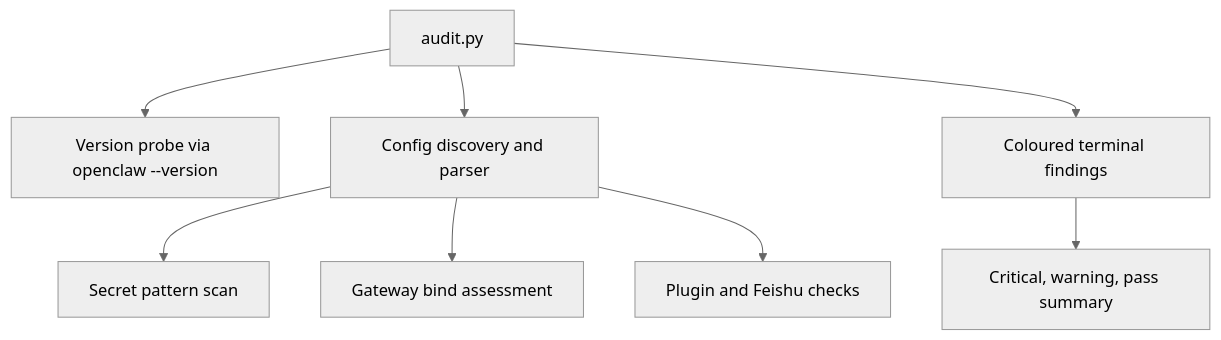
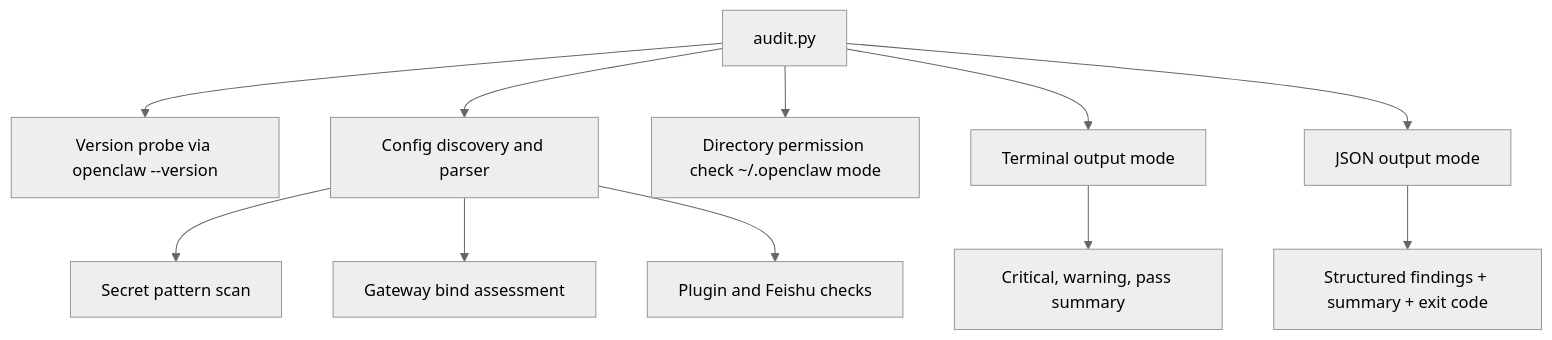
One commit to FoxSecIntel/Openclaw-audit changed the diagram in README.md. Above: the diagram before and after it, drawn with Mermaid (neutral theme).

Commit message:
Update architecture diagram for JSON output and permission checks

````diff
--- a/README.md
+++ b/README.md
@@ -31,10 +31,13 @@
 ```mermaid
 flowchart TD
     A[audit.py] --> B[Version probe via openclaw --version]
     A --> C[Config discovery and parser]
     C --> D[Secret pattern scan]
     C --> E[Gateway bind assessment]
+    A --> P[Directory permission check ~/.openclaw mode]
     C --> F[Plugin and Feishu checks]
-    A --> G[Coloured terminal findings]
+    A --> G[Terminal output mode]
+    A --> J[JSON output mode]
     G --> H[Critical, warning, pass summary]
+    J --> K[Structured findings + summary + exit code]
 ```
````
